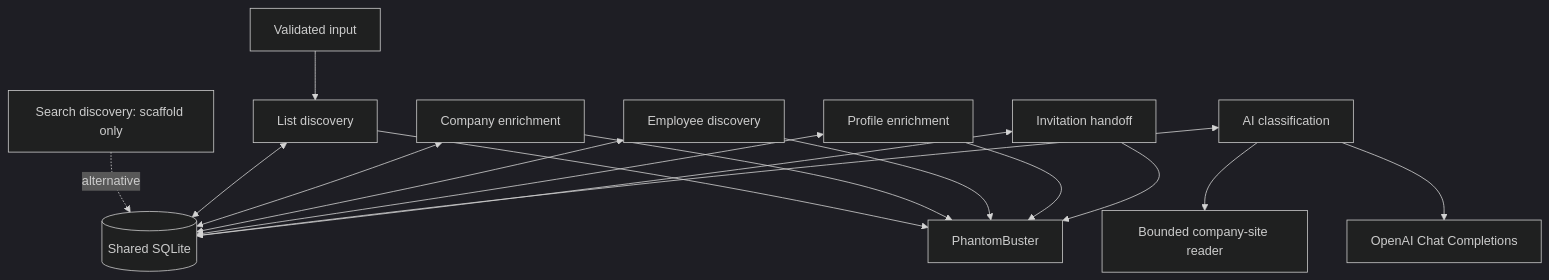
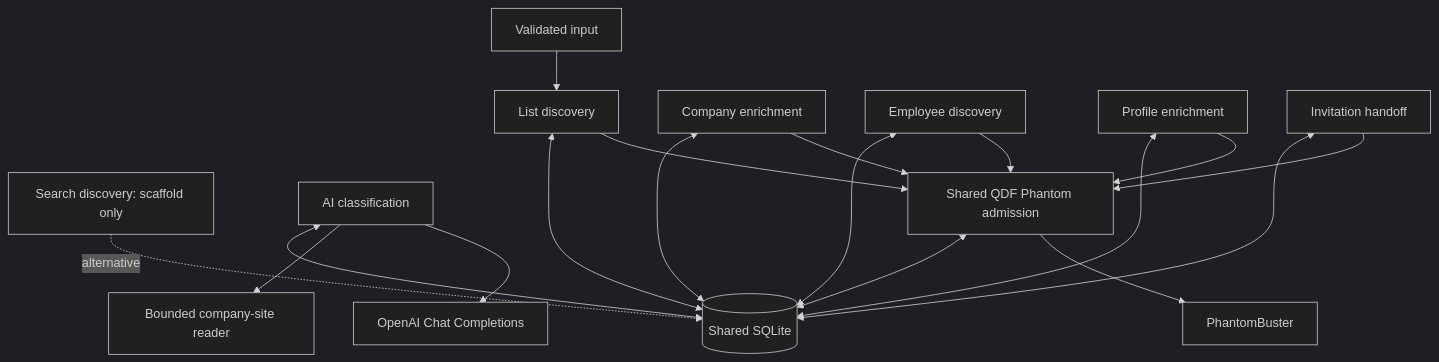
Before and after one commit to josefdeutsch/portfolio: the first of 3 diagrams in projects/prospect-orchestrator/ARCHITECTURE.md, drawn with Mermaid (dark theme). The commit also changed other lines of this file and 14 other files, not shown here.

````diff
--- a/projects/prospect-orchestrator/ARCHITECTURE.md
+++ b/projects/prospect-orchestrator/ARCHITECTURE.md
@@ -11,18 +11,20 @@
 ```mermaid
 flowchart TD
     Seed[Validated input] --> List[List discovery]
     Search[Search discovery: scaffold only] -. alternative .-> DB[(Shared SQLite)]
     List <--> DB
     Account[Company enrichment] <--> DB
     Employees[Employee discovery] <--> DB
     Profile[Profile enrichment] <--> DB
     Classifier[AI classification] <--> DB
     Invite[Invitation handoff] <--> DB
-    List --> PB[PhantomBuster]
-    Account --> PB
-    Employees --> PB
-    Profile --> PB
-    Invite --> PB
+    List --> Gate[Shared QDF Phantom admission]
+    Account --> Gate
+    Employees --> Gate
+    Profile --> Gate
+    Invite --> Gate
+    Gate <--> DB
+    Gate --> PB[PhantomBuster]
     Classifier --> Reader[Bounded company-site reader]
     Classifier --> LLM[OpenAI Chat Completions]
 ```
````
